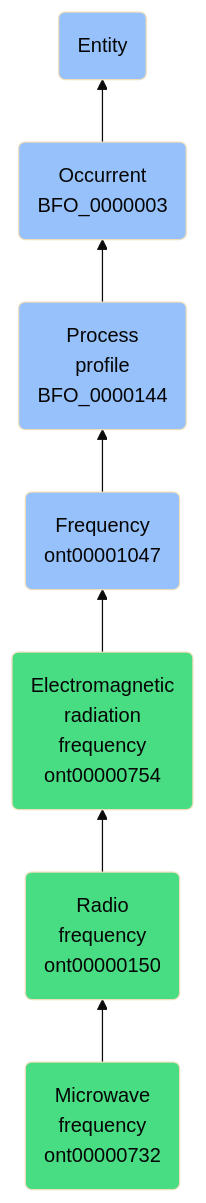
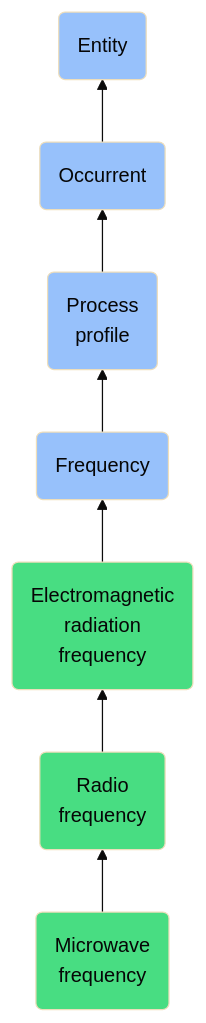
One commit to jupyter-naas/abi changed the diagram in docs/ontology/reference/model/Entity/Occurrent/Process profile/Frequency/Electromagnetic radiation frequency/Radio frequency/Microwave frequency/Microwave frequency.md. Above: the diagram before and after it, drawn with Mermaid (base theme). The commit also changed other lines of this file and 1430 other files, not shown here.

````diff
--- a/docs/ontology/reference/model/Entity/Occurrent/Process profile/Frequency/Electromagnetic radiation frequency/Radio frequency/Microwave frequency/Microwave frequency.md
+++ b/docs/ontology/reference/model/Entity/Occurrent/Process profile/Frequency/Electromagnetic radiation frequency/Radio frequency/Microwave frequency/Microwave frequency.md
@@ -24,14 +24,14 @@
 ```mermaid
 graph BT
-    ont00000732(Microwave<br>frequency<br>ont00000732):::ABI-->ont00000150
-    ont00000150(Radio<br>frequency<br>ont00000150):::ABI-->ont00000754
-    ont00000754(Electromagnetic<br>radiation<br>frequency<br>ont00000754):::ABI-->ont00001047
-    ont00001047(Frequency<br>ont00001047):::BFO-->BFO_0000144
-    BFO_0000144(Process<br>profile<br>BFO_0000144):::BFO-->BFO_0000003
-    BFO_0000003(Occurrent<br>BFO_0000003):::BFO-->BFO_0000001
+    ont00000732(Microwave<br>frequency):::ABI-->ont00000150
+    ont00000150(Radio<br>frequency):::ABI-->ont00000754
+    ont00000754(Electromagnetic<br>radiation<br>frequency):::ABI-->ont00001047
+    ont00001047(Frequency):::BFO-->BFO_0000144
+    BFO_0000144(Process<br>profile):::BFO-->BFO_0000003
+    BFO_0000003(Occurrent):::BFO-->BFO_0000001
     BFO_0000001(Entity):::BFO
     
     classDef BFO fill:#97c1fb,color:#060606
     classDef CCO fill:#e4c51e,color:#060606
     classDef ABI fill:#48DD82,color:#060606
 ```
````
